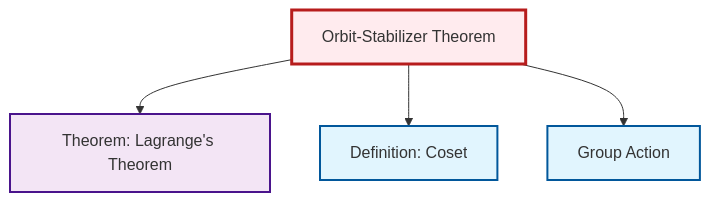
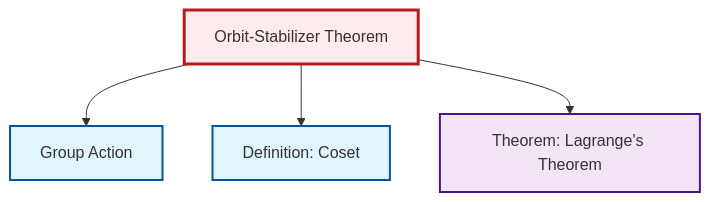
One commit to RK0429/ModernMath changed the diagram in output/mermaid/en/thm-orbit-stabilizer.mermaid. Above: the diagram before and after it, drawn with Mermaid. The commit also changed 672 other files, not shown here.

```diff
--- a/output/mermaid/en/thm-orbit-stabilizer.mermaid
+++ b/output/mermaid/en/thm-orbit-stabilizer.mermaid
@@ -1,15 +1,14 @@
-%%| fig-cap: "Local dependency graph"
 graph TD
     classDef definition fill:#e1f5fe,stroke:#01579b,stroke-width:2px
     classDef theorem fill:#f3e5f5,stroke:#4a148c,stroke-width:2px
     classDef axiom fill:#fff3e0,stroke:#e65100,stroke-width:2px
     classDef example fill:#e8f5e9,stroke:#1b5e20,stroke-width:2px
     classDef current fill:#ffebee,stroke:#b71c1c,stroke-width:3px
     thm-orbit-stabilizer["Orbit-Stabilizer Theorem"]:::theorem
+    def-group-action["Group Action"]:::definition
     thm-lagrange["Theorem: Lagrange's Theorem"]:::theorem
     def-coset["Definition: Coset"]:::definition
-    def-group-action["Group Action"]:::definition
+    thm-orbit-stabilizer --> def-group-action
+    thm-orbit-stabilizer --> def-coset
     thm-orbit-stabilizer --> thm-lagrange
-    thm-orbit-stabilizer --> def-coset
-    thm-orbit-stabilizer --> def-group-action
     class thm-orbit-stabilizer current
```
